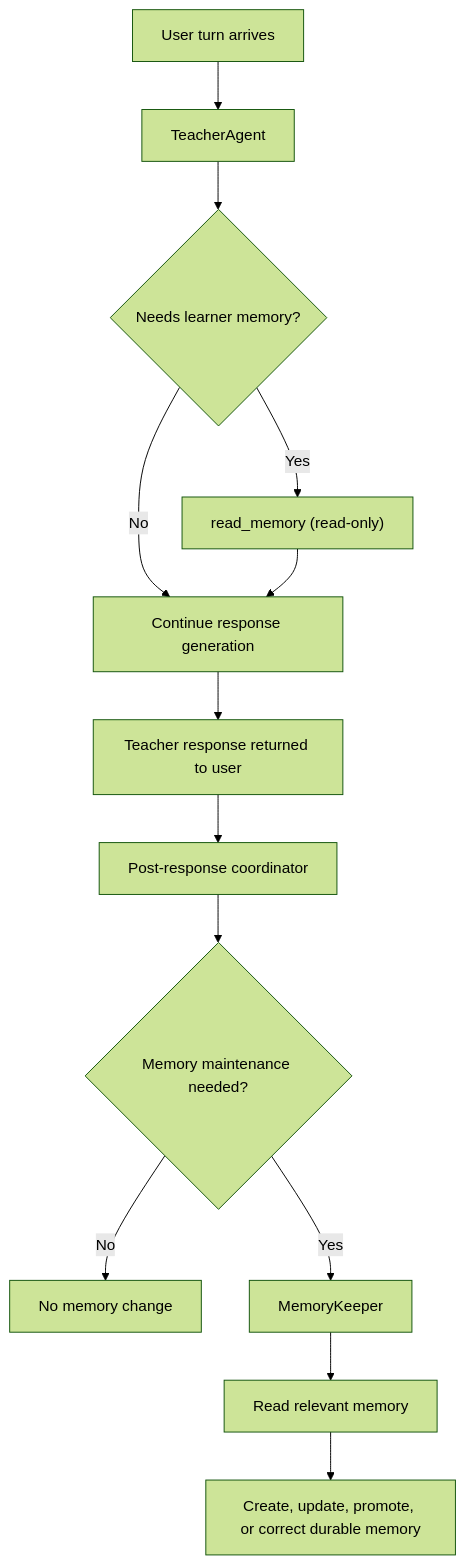
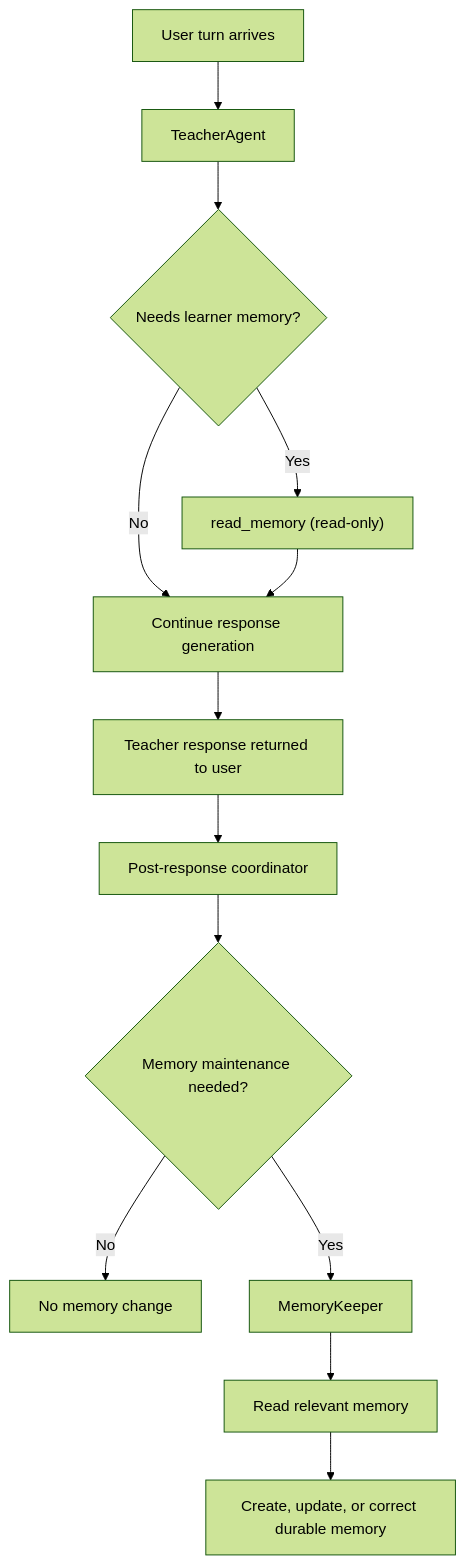
The second of 4 diagrams in docs/agent-swarm-architecture.md (40min/runestone), drawn with Mermaid (forest theme) before and after one commit. The commit also changed other lines of this file and 23 other files, not shown here.

````diff
--- a/docs/agent-swarm-architecture.md
+++ b/docs/agent-swarm-architecture.md
@@ -182,15 +181,15 @@
 ```mermaid
 flowchart TD
     A["User turn arrives"] --> B["TeacherAgent"]
     B --> C{"Needs learner memory?"}
     C -- No --> D["Continue response generation"]
     C -- Yes --> E["read_memory (read-only)"]
     E --> D
     D --> F["Teacher response returned to user"]
     F --> G["Post-response coordinator"]
     G --> H{"Memory maintenance needed?"}
     H -- No --> I["No memory change"]
     H -- Yes --> J["MemoryKeeper"]
     J --> K["Read relevant memory"]
-    K --> L["Create, update, promote, or correct durable memory"]
+    K --> L["Create, update, or correct durable memory"]
 ```
````
